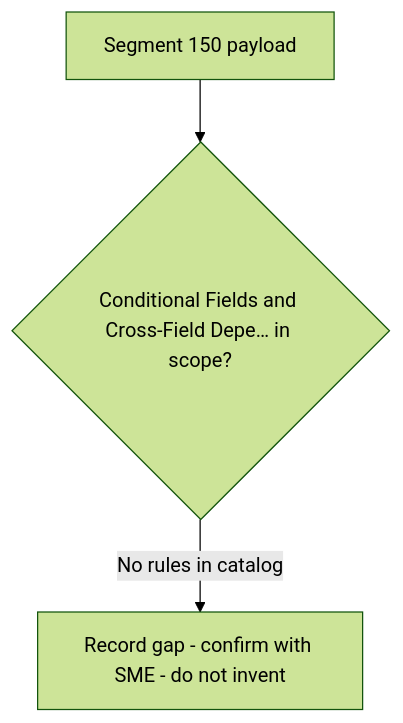
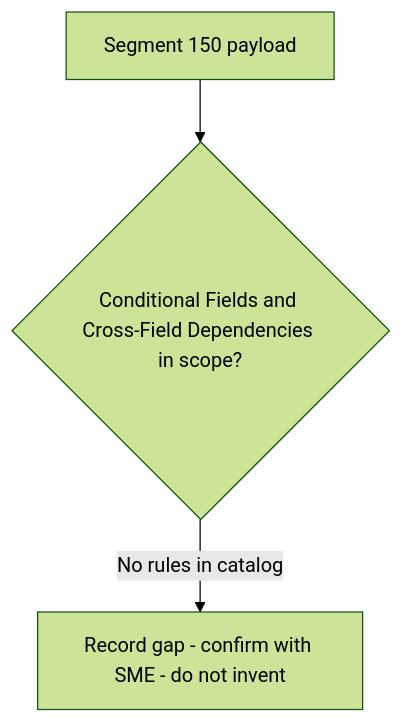
Before and after one commit to DhanSingh-hub/core-auth-ai-validation-framework: the diagram in regression-artifact-validator/specifications/ATL105/docs/specs/kb/segment-150/conditional-dependency-rules-flow.md, drawn with Mermaid (forest theme). The commit also changed 150 other files, not shown here.

````diff
--- a/regression-artifact-validator/specifications/ATL105/docs/specs/kb/segment-150/conditional-dependency-rules-flow.md
+++ b/regression-artifact-validator/specifications/ATL105/docs/specs/kb/segment-150/conditional-dependency-rules-flow.md
@@ -3,5 +3,5 @@
 ```mermaid
 flowchart TD
-    A[Segment 150 payload] --> B{Conditional Fields and Cross-Field Depe… in scope?}
+    A[Segment 150 payload] --> B{Conditional Fields and Cross-Field Dependencies in scope?}
     B -->|No rules in catalog| G[Record gap - confirm with SME - do not invent]
 ```
````
